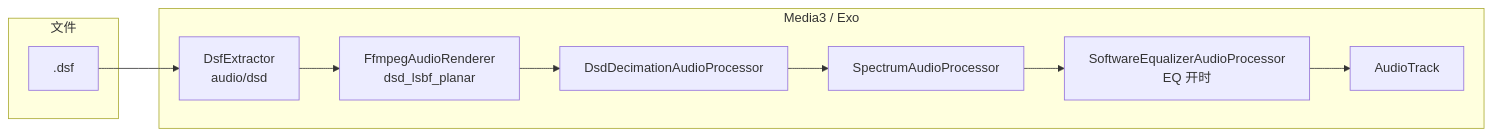
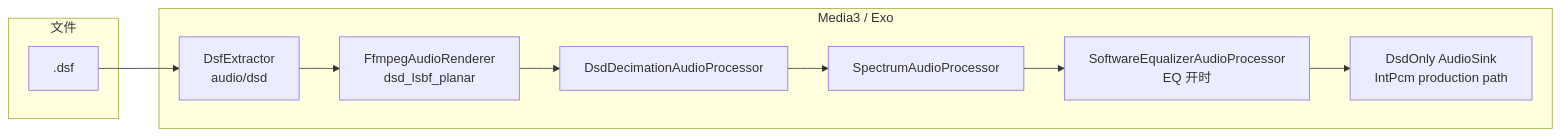
One commit to lecoix/mica-music changed the diagram in docs/DSD_EXO_PLAYBACK.md. Above: the diagram before and after it, drawn with Mermaid. The commit also changed other lines of this file and 7 other files, not shown here.

````diff
--- a/docs/DSD_EXO_PLAYBACK.md
+++ b/docs/DSD_EXO_PLAYBACK.md
@@ -22,15 +22,15 @@
 ```mermaid
 flowchart LR
   subgraph file [文件]
     DSF[".dsf"]
   end
   subgraph exo [Media3 / Exo]
     EXT["DsfExtractor\naudio/dsd"]
     DEC["FfmpegAudioRenderer\ndsd_lsbf_planar"]
     DECIM["DsdDecimationAudioProcessor"]
     SPEC["SpectrumAudioProcessor"]
     EQ["SoftwareEqualizerAudioProcessor\nEQ 开时"]
-    AT["AudioTrack"]
+    DSDSINK["DsdOnly AudioSink\nIntPcm production path"]
   end
-  DSF --> EXT --> DEC --> DECIM --> SPEC --> EQ --> AT
+  DSF --> EXT --> DEC --> DECIM --> SPEC --> EQ --> DSDSINK
 ```
````
